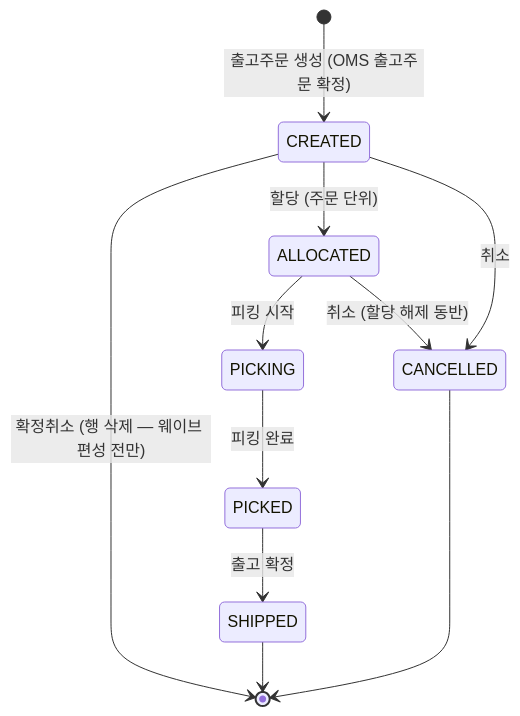
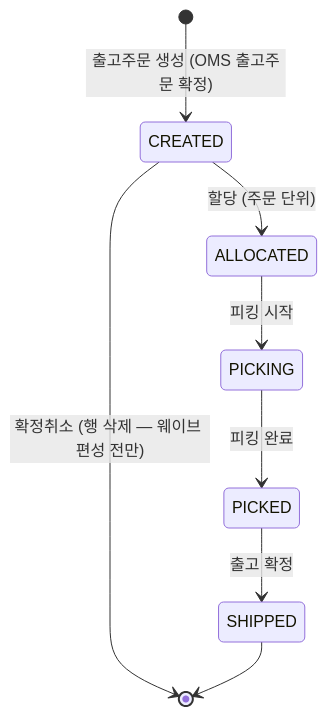
One commit to jhogunhee/logistics-back changed the fourth of 4 diagrams in docs/design.md. Above: the diagram before and after it, drawn with Mermaid. The commit also changed other lines of this file and 8 other files, not shown here.

````diff
--- a/docs/design.md
+++ b/docs/design.md
@@ -211,13 +211,10 @@
 ```mermaid
 stateDiagram-v2
     [*] --> CREATED : 출고주문 생성 (OMS 출고주문 확정)
     CREATED --> [*] : 확정취소 (행 삭제 — 웨이브 편성 전만)
     CREATED --> ALLOCATED : 할당 (주문 단위)
-    CREATED --> CANCELLED : 취소
     ALLOCATED --> PICKING : 피킹 시작
-    ALLOCATED --> CANCELLED : 취소 (할당 해제 동반)
     PICKING --> PICKED : 피킹 완료
     PICKED --> SHIPPED : 출고 확정
     SHIPPED --> [*]
-    CANCELLED --> [*]
 ```
````
